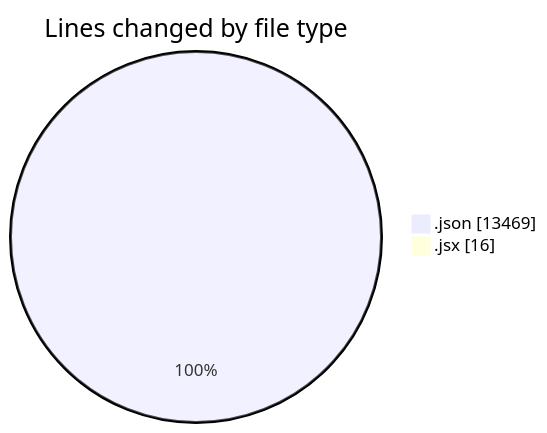
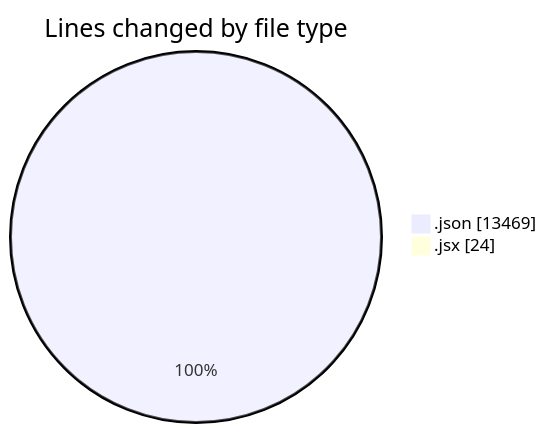
Before and after one commit to nxtqubesakshisongat/code-tracking: the first of 2 diagrams in 2025-10-30/nxtqube_webapp/README.md, drawn with Mermaid. The commit also changed other lines of this file and 1 other file, not shown here.

````diff
--- a/2025-10-30/nxtqube_webapp/README.md
+++ b/2025-10-30/nxtqube_webapp/README.md
@@ -21,6 +21,6 @@
 ```mermaid
 pie showData
 title Lines changed by file type
 ".json" : 13469
-".jsx" : 16
+".jsx" : 24
 ```
````
